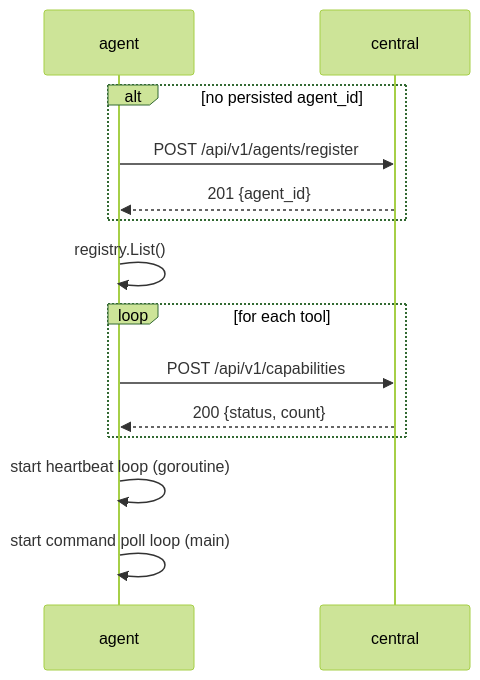
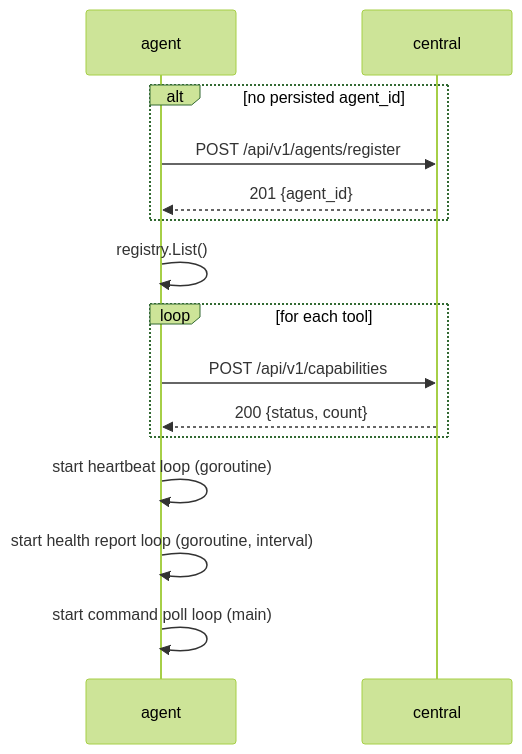
Before and after one commit to tsee9iii/opspilot: the sixth of 7 diagrams in docs/architecture.md, drawn with Mermaid (forest theme). The commit also changed other lines of this file and 55 other files, not shown here.

````diff
--- a/docs/architecture.md
+++ b/docs/architecture.md
@@ -172,17 +254,18 @@
 ```mermaid
 sequenceDiagram
     participant A as agent
     participant C as central
 
     alt no persisted agent_id
         A->>C: POST /api/v1/agents/register
         C-->>A: 201 {agent_id}
     end
     A->>A: registry.List()
     loop for each tool
         A->>C: POST /api/v1/capabilities
         C-->>A: 200 {status, count}
     end
     A->>A: start heartbeat loop (goroutine)
+    A->>A: start health report loop (goroutine, interval)
     A->>A: start command poll loop (main)
 ```
````
